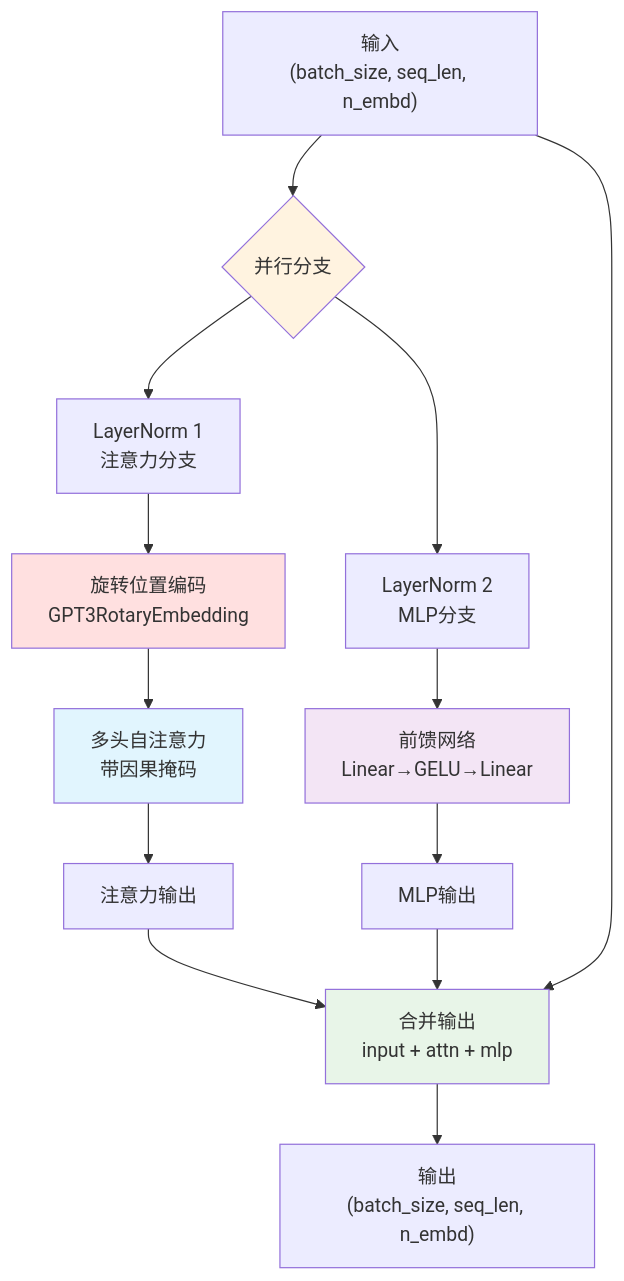
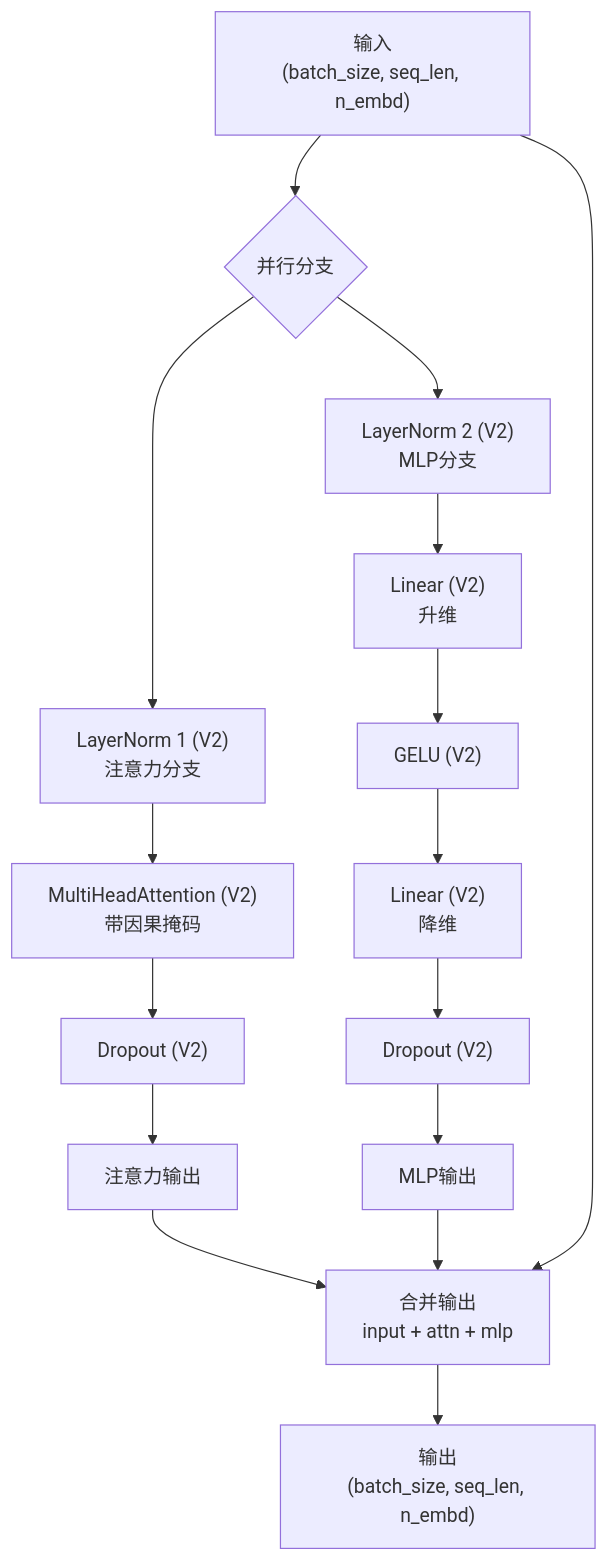
Before and after one commit to JunheJiang/TinyAI: the second of 5 diagrams in tinyai-model/tinyai-model-gpt/doc/gpt3_README.md, drawn with Mermaid. The commit also changed other lines of this file and 36 other files, not shown here.

````diff
--- a/tinyai-model/tinyai-model-gpt/doc/gpt3_README.md
+++ b/tinyai-model/tinyai-model-gpt/doc/gpt3_README.md
@@ -66,26 +89,23 @@
 ```mermaid
 graph TD
     BlockInput["输入<br/>(batch_size, seq_len, n_embd)"] --> Split{"并行分支"}
     
-    Split --> LN1["LayerNorm 1<br/>注意力分支"]
-    Split --> LN2["LayerNorm 2<br/>MLP分支"]
+    Split --> LN1["LayerNorm 1 (V2)<br/>注意力分支"]
+    Split --> LN2["LayerNorm 2 (V2)<br/>MLP分支"]
     
-    LN1 --> RoPE["旋转位置编码<br/>GPT3RotaryEmbedding"]
-    RoPE --> MHA["多头自注意力<br/>带因果掩码"]
-    MHA --> AttnOut["注意力输出"]
+    LN1 --> MHA["MultiHeadAttention (V2)<br/>带因果掩码"]
+    MHA --> AttnDropout["Dropout (V2)"]
+    AttnDropout --> AttnOut["注意力输出"]
     
-    LN2 --> FFN["前馈网络<br/>Linear→GELU→Linear"]
-    FFN --> MLPOut["MLP输出"]
+    LN2 --> Linear1["Linear (V2)<br/>升维"]
+    Linear1 --> GELU["GELU (V2)"]
+    GELU --> Linear2["Linear (V2)<br/>降维"]
+    Linear2 --> MLPDropout["Dropout (V2)"]
+    MLPDropout --> MLPOut["MLP输出"]
     
     AttnOut --> Combine["合并输出<br/>input + attn + mlp"]
     MLPOut --> Combine
     BlockInput --> Combine
     
     Combine --> BlockOutput["输出<br/>(batch_size, seq_len, n_embd)"]
-    
-    style Split fill:#fff3e0
-    style MHA fill:#e1f5fe
-    style FFN fill:#f3e5f5
-    style RoPE fill:#ffe0e0
-    style Combine fill:#e8f5e8
 ```
````
